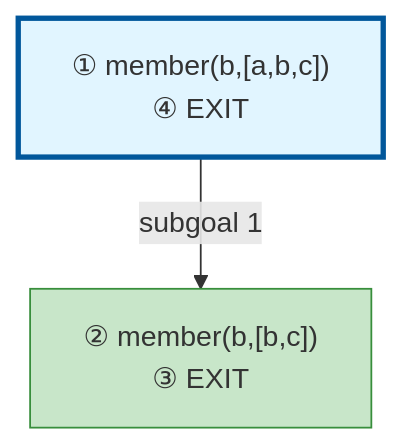
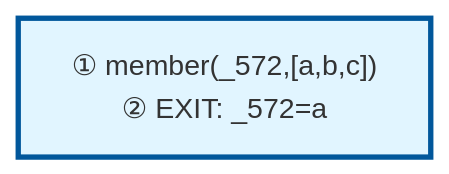
One commit to jarecsni/prolog-trace-viz changed the diagram in examples/member-output.md. Above: the diagram before and after it, drawn with Mermaid. The commit also changed other lines of this file and 24 other files, not shown here.

````diff
--- a/examples/member-output.md
+++ b/examples/member-output.md
@@ -51,14 +37,11 @@
 ```mermaid
 graph TD
 
 %% Nodes
-A["① member(b,[a,b,c])<br/>④ EXIT"]
-B["② member(b,[b,c])<br/>③ EXIT"]
+A["① member(_572,[a,b,c])<br/>② EXIT: _572=a"]
 
 %% Edges
-A -->|"subgoal 1"| B
 
 %% Styles
 style A fill:#e1f5ff,stroke:#01579b,stroke-width:3px
-style B fill:#c8e6c9,stroke:#388e3c
 ```
````
